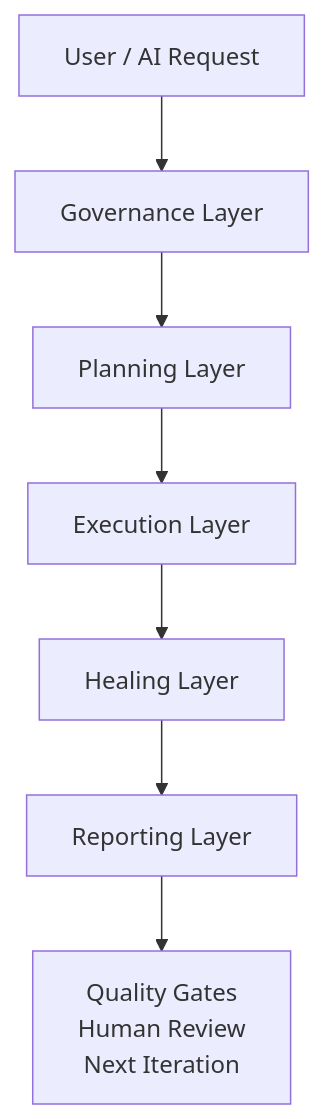
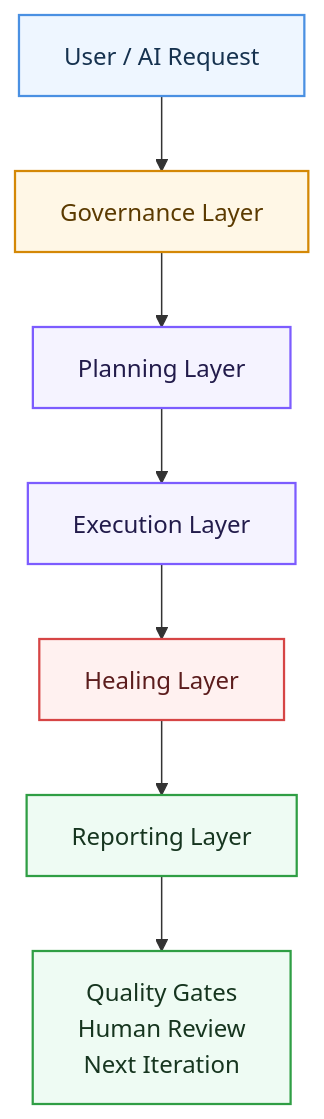
The first of 6 diagrams in docs/qa/architecture.md (Qin-BL/quality-platform), drawn with Mermaid before and after one commit. The commit also changed other lines of this file and 2 other files, not shown here.

Commit message:
Style Mermaid diagrams for readability

```diff
--- a/docs/qa/architecture.md
+++ b/docs/qa/architecture.md
@@ -19,9 +19,19 @@
 ::: mermaid
 graph TD
     U["User / AI Request"] --> G["Governance Layer"]
     G --> P["Planning Layer"]
     P --> E["Execution Layer"]
     E --> H["Healing Layer"]
     H --> R["Reporting Layer"]
     R --> Q["Quality Gates<br/>Human Review<br/>Next Iteration"]
+    classDef input fill:#eef6ff,stroke:#4a90e2,color:#16324f,stroke-width:1.5px;
+    classDef governance fill:#fff7e6,stroke:#d48806,color:#5b3a00,stroke-width:1.5px;
+    classDef runtime fill:#f5f3ff,stroke:#7c5cff,color:#221b4b,stroke-width:1.5px;
+    classDef healing fill:#fff1f0,stroke:#d64545,color:#5c1d1d,stroke-width:1.5px;
+    classDef output fill:#eefbf3,stroke:#2f9e44,color:#16351f,stroke-width:1.5px;
+    class U input;
+    class G governance;
+    class P,E runtime;
+    class H healing;
+    class R,Q output;
 :::
```
